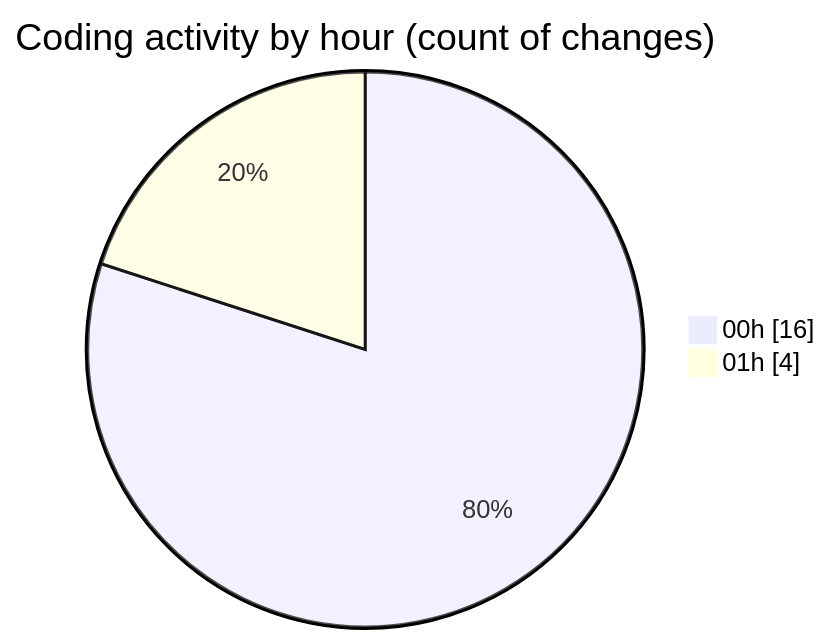
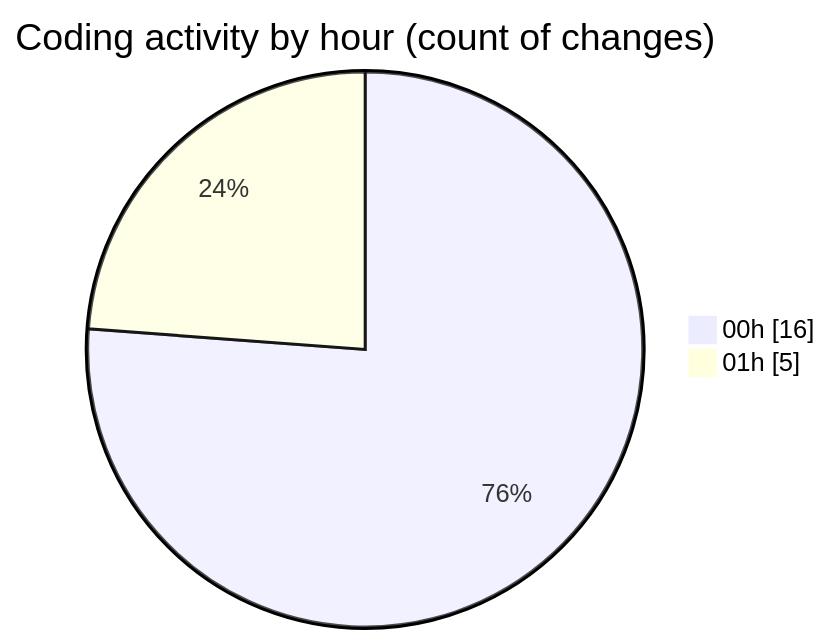
The second of 2 diagrams in 2025-11-01/weather_insights_app/README.md (donsfak/code-tracking), drawn with Mermaid before and after one commit. The commit also changed other lines of this file and 1 other file, not shown here.

````diff
--- a/2025-11-01/weather_insights_app/README.md
+++ b/2025-11-01/weather_insights_app/README.md
@@ -35,6 +36,6 @@
 ```mermaid
 pie showData
 title Coding activity by hour (count of changes)
 "00h" : 16
-"01h" : 4
+"01h" : 5
 ```
````
